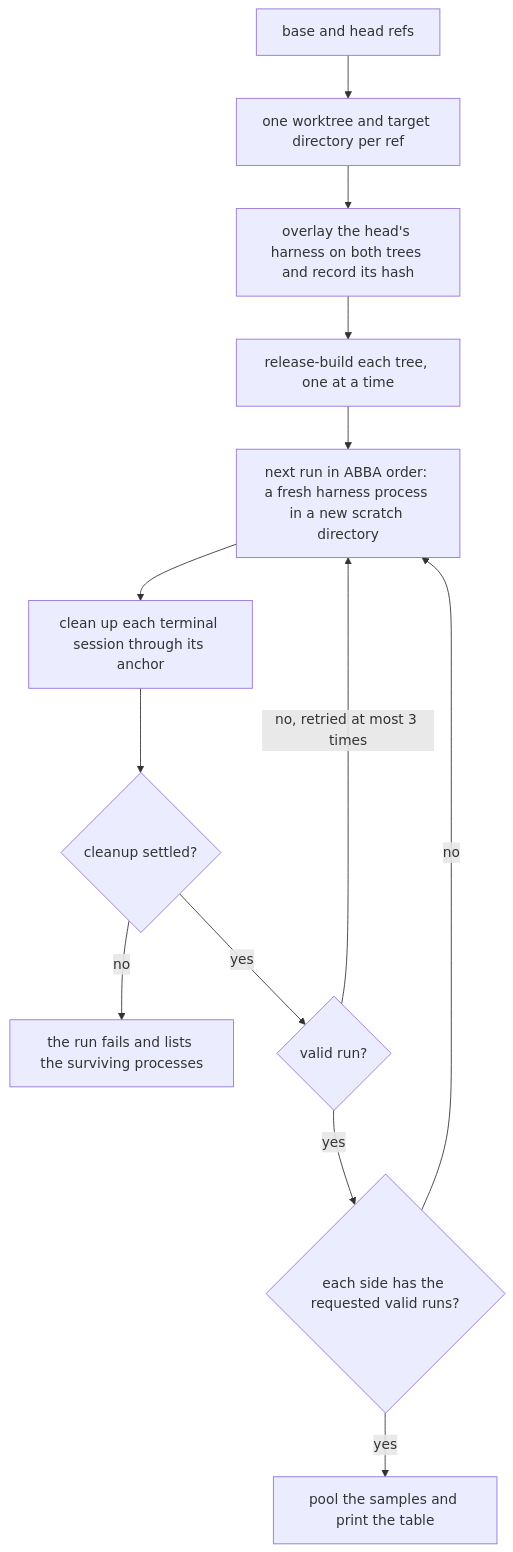
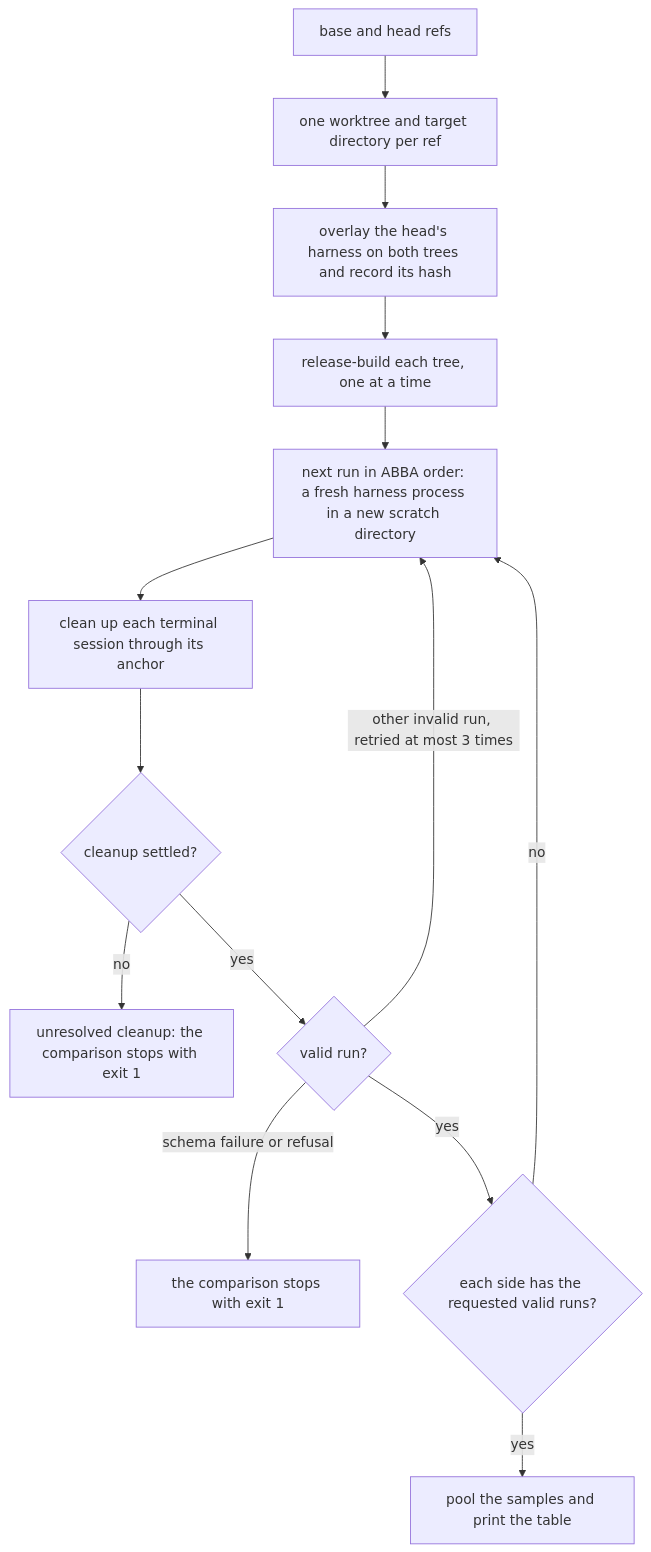
Before and after one commit to D0n9X1n/SonicTerm: the diagram in wiki/Development-and-Release.md, drawn with Mermaid. The commit also changed other lines of this file and 16 other files, not shown here.

````diff
--- a/wiki/Development-and-Release.md
+++ b/wiki/Development-and-Release.md
@@ -127,15 +138,16 @@
 ```mermaid
 flowchart TD
     refs["base and head refs"] --> trees["one worktree and target directory per ref"]
     trees --> overlay["overlay the head's harness on both trees and record its hash"]
     overlay --> build["release-build each tree, one at a time"]
     build --> run["next run in ABBA order: a fresh harness process in a new scratch directory"]
     run --> cleanup["clean up each terminal session through its anchor"]
     cleanup --> settled{"cleanup settled?"}
-    settled -- no --> failed["the run fails and lists the surviving processes"]
+    settled -- no --> failed["unresolved cleanup: the comparison stops with exit 1"]
     settled -- yes --> valid{"valid run?"}
-    valid -- no, retried at most 3 times --> run
+    valid -- schema failure or refusal --> stopped["the comparison stops with exit 1"]
+    valid -- other invalid run, retried at most 3 times --> run
     valid -- yes --> enough{"each side has the requested valid runs?"}
     enough -- no --> run
     enough -- yes --> table["pool the samples and print the table"]
 ```
````
